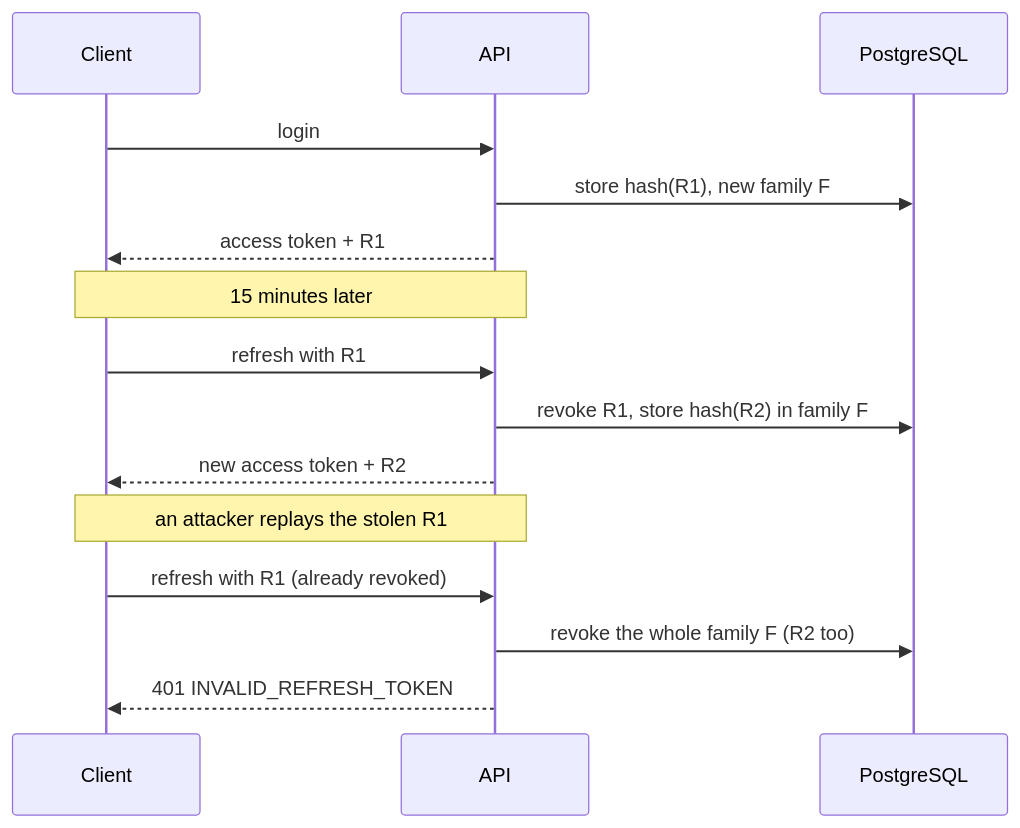
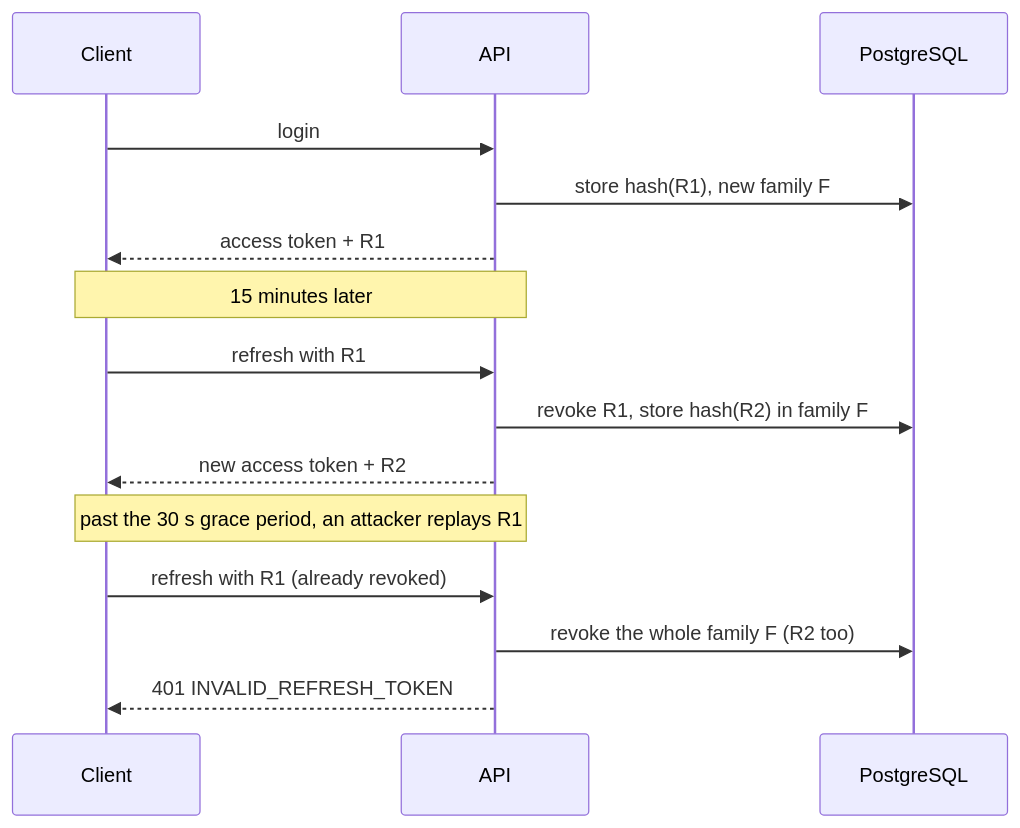
Before and after one commit to diegoddie/fastapi-docker-boilerplate: the third of 4 diagrams in docs/ARCHITECTURE.md, drawn with Mermaid. The commit also changed other lines of this file and 27 other files, not shown here.

````diff
--- a/docs/ARCHITECTURE.md
+++ b/docs/ARCHITECTURE.md
@@ -78,17 +78,17 @@
 ```mermaid
 sequenceDiagram
     participant C as Client
     participant API
     participant DB as PostgreSQL
     C->>API: login
     API->>DB: store hash(R1), new family F
     API-->>C: access token + R1
     Note over C,API: 15 minutes later
     C->>API: refresh with R1
     API->>DB: revoke R1, store hash(R2) in family F
     API-->>C: new access token + R2
-    Note over C,API: an attacker replays the stolen R1
+    Note over C,API: past the 30 s grace period, an attacker replays R1
     C->>API: refresh with R1 (already revoked)
     API->>DB: revoke the whole family F (R2 too)
     API-->>C: 401 INVALID_REFRESH_TOKEN
 ```
````
